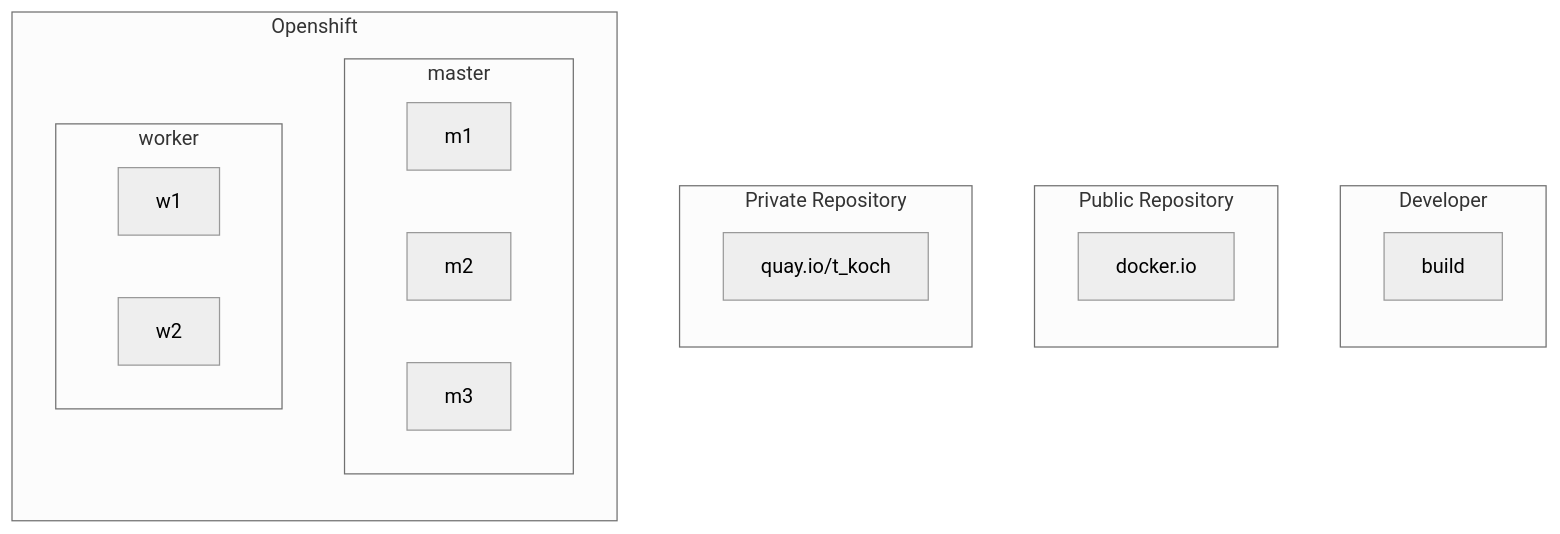
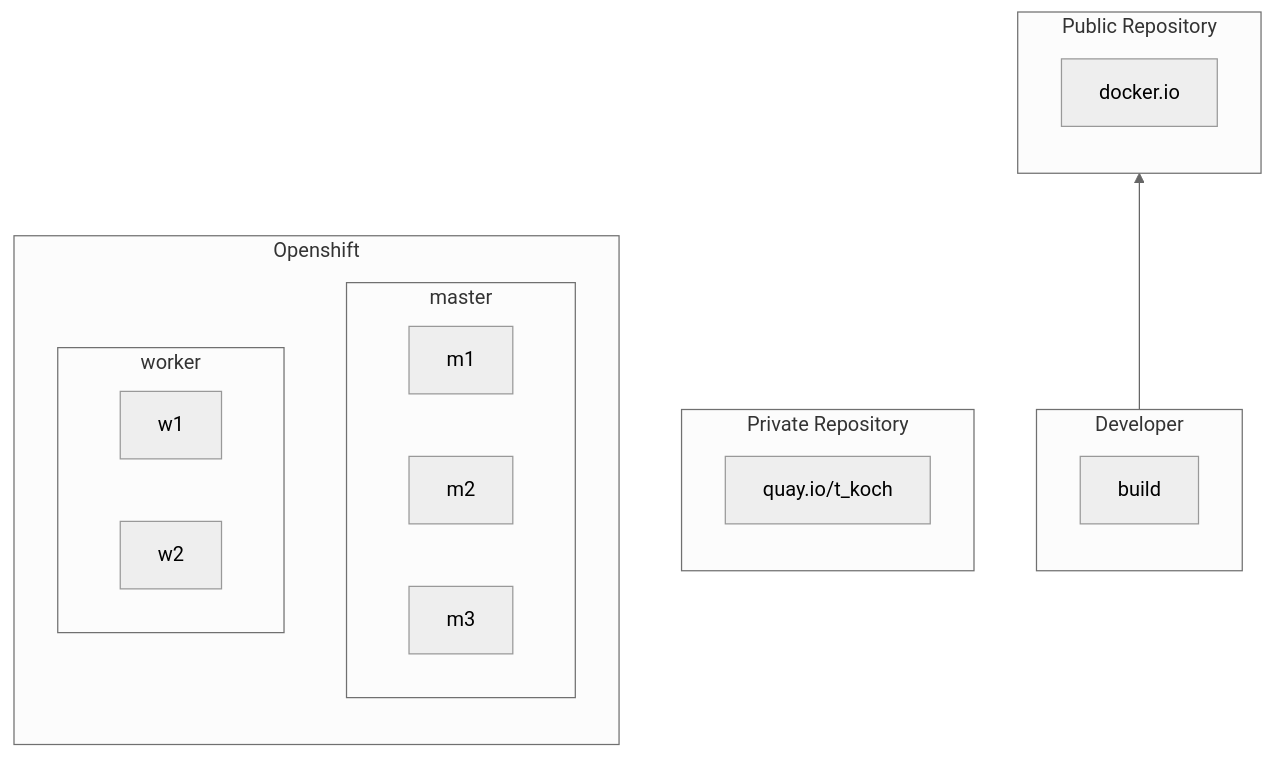
The diagram in README.md (tkops/bechtle), drawn with Mermaid (neutral theme) before and after one commit.

````diff
--- a/README.md
+++ b/README.md
@@ -3,20 +3,21 @@
 ```mermaid
 graph BT
   subgraph dev1[Developer]
     build
   end
   subgraph pub1[Public Repository]
     docker[docker.io]
   end
   subgraph priv1[Private Repository]
     quay[quay.io/t_koch]
   end
   subgraph ocp1[Openshift]
     subgraph master
       m1;m2;m3
     end
     subgraph worker
       w1;w2
     end
   end
+dev1 --> pub1
 ```
````
